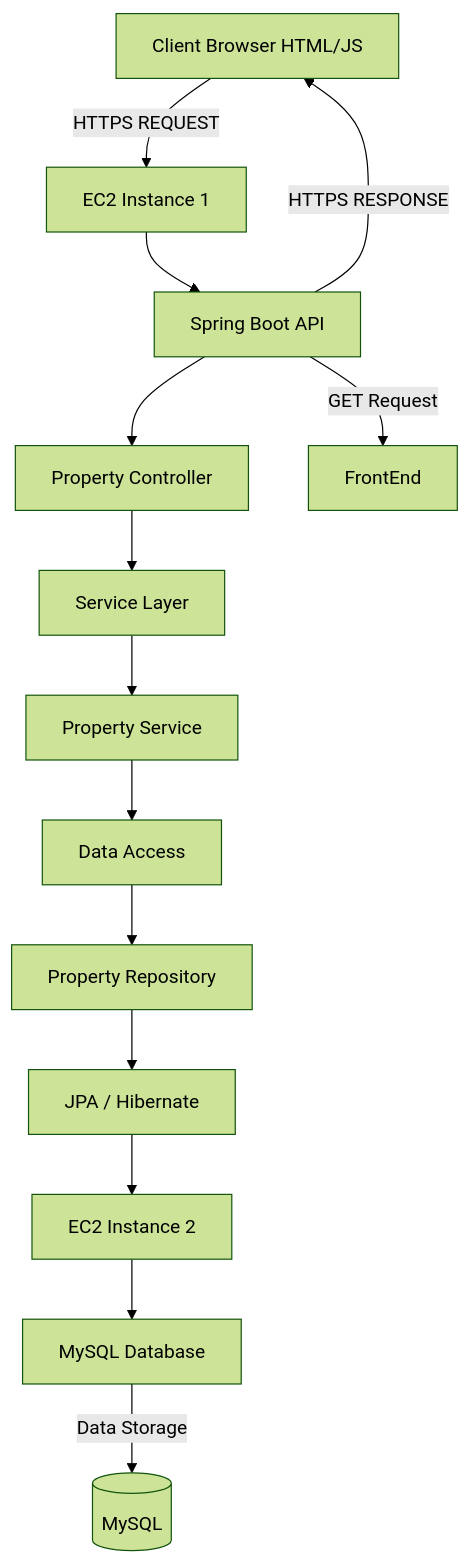
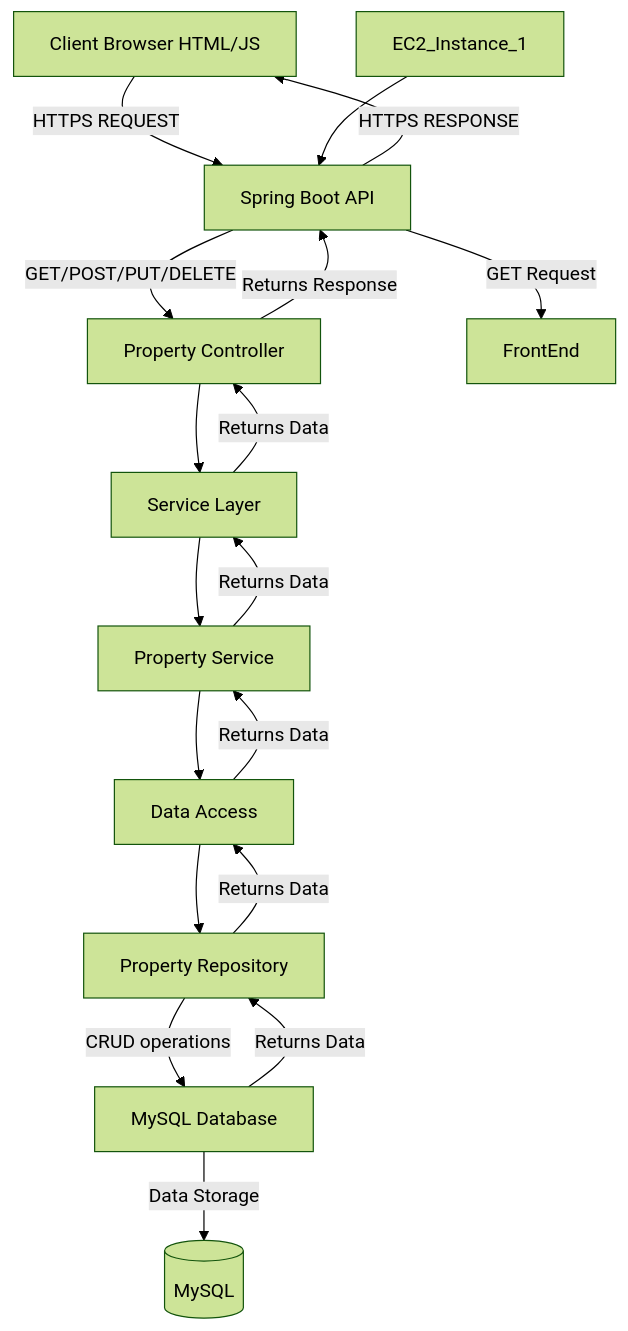
One commit to CamiloMurcia28/AREP-LAB06 changed the first of 2 diagrams in README.md. Above: the diagram before and after it, drawn with Mermaid (forest theme).

````diff
--- a/README.md
+++ b/README.md
@@ -74,16 +74,21 @@
 ```mermaid
 graph TD
-    Client_Browser[Client Browser HTML/JS] -->|HTTPS REQUEST| EC2_Instance_1[EC2 Instance 1]
+    Client_Browser[Client Browser HTML/JS] -->|HTTPS REQUEST| Spring_Boot_API[Spring_Boot_API]
     Spring_Boot_API[Spring_Boot_API] -->|HTTPS RESPONSE| Client_Browser[Client Browser HTML/JS]
     EC2_Instance_1 --> Spring_Boot_API[Spring Boot API]
-    Spring_Boot_API --> Property_Controller[Property Controller]
+    Spring_Boot_API --> |GET/POST/PUT/DELETE|Property_Controller[Property Controller]
     Spring_Boot_API --> |GET Request| FrontEnd[FrontEnd]
     Property_Controller --> Service_Layer[Service Layer]
     Service_Layer --> Property_Service[Property Service]
     Property_Service --> Data_Access[Data Access]
     Data_Access --> Property_Repository[Property Repository]
-    Property_Repository --> JPA[ JPA / Hibernate]
-    JPA --> EC2_Instance_2[EC2 Instance 2]
-    EC2_Instance_2 --> MySQL[MySQL Database]
+    Property_Repository --> |CRUD operations| MySQL[MySQL Database]
     MySQL -->|Data Storage| MySQL_DB[(MySQL)]
+    MySQL[MySQL Database] --> |Returns Data| Property_Repository
+    Property_Repository --> |Returns Data| Data_Access
+    Data_Access --> |Returns Data| Property_Service
+    Property_Service --> |Returns Data| Service_Layer
+    Service_Layer --> |Returns Data| Property_Controller
+    Property_Controller --> |Returns Response| Spring_Boot_API
+
 ```
````
